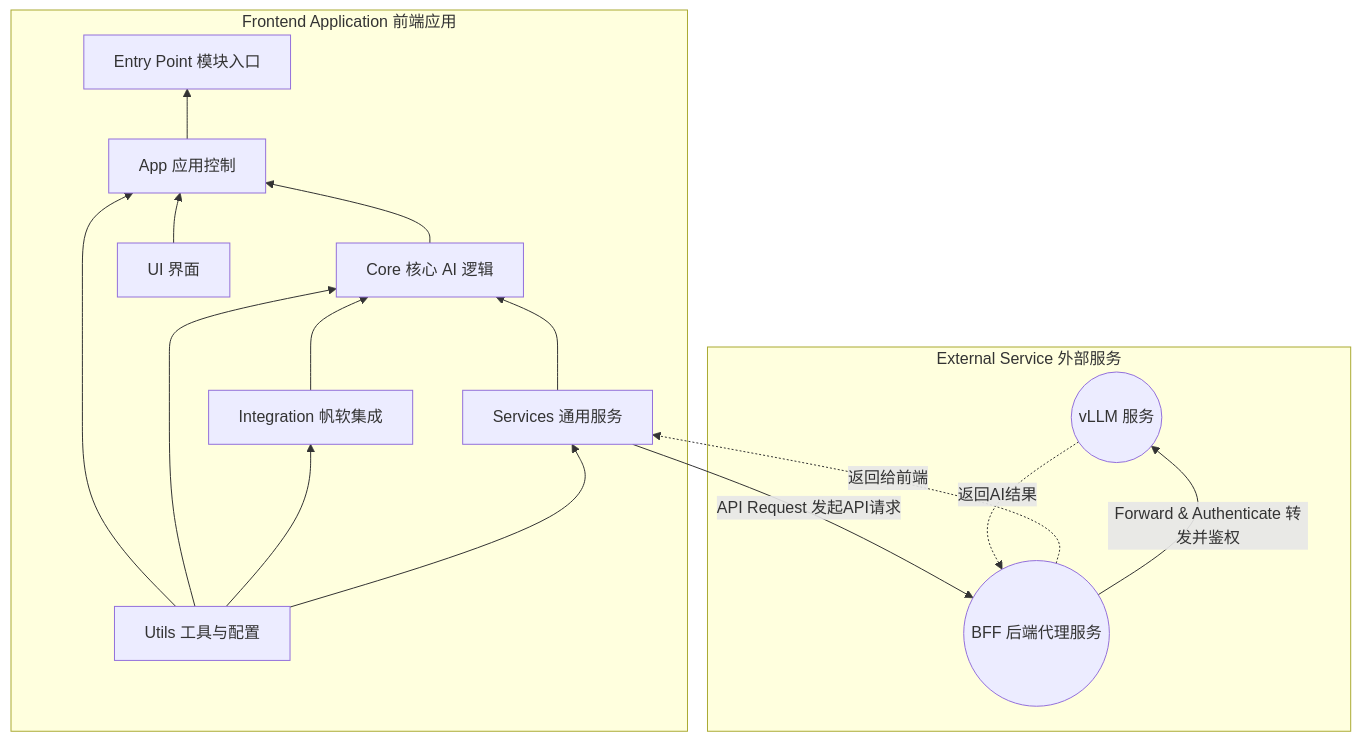
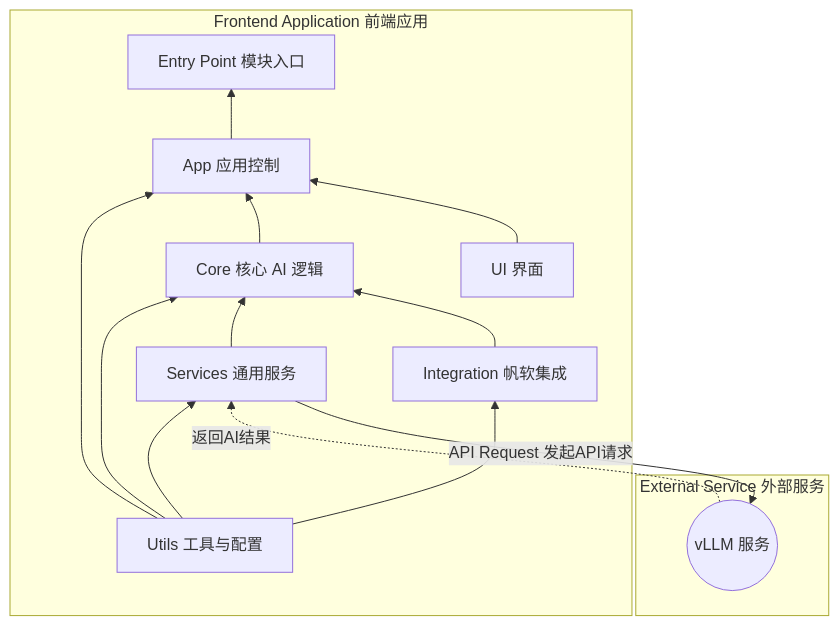
One commit to HaochenFa/Smart-FineReport changed the diagram in README.md. Above: the diagram before and after it, drawn with Mermaid. The commit also changed other lines of this file and 9 other files, not shown here.

````diff
--- a/README.md
+++ b/README.md
@@ -40,33 +27,30 @@
 ```mermaid
 flowchart BT
     subgraph "External Service 外部服务"
-        id0((BFF 后端代理服务))
         id_vLLM((vLLM 服务))
     end
 
     subgraph "Frontend Application 前端应用"
         id1[Utils 工具与配置]
         id2[Services 通用服务]
         id3[Integration 帆软集成]
         id4[Core 核心 AI 逻辑]
         id5[UI 界面]
         id6[App 应用控制]
         id7[Entry Point 模块入口]
     end
 
 %% 依赖关系与请求流 (实线)
-    id2 -- " API Request 发起API请求 " --> id0
+    id2 -- " API Request 发起API请求 " --> id_vLLM
     id1 --> id2
     id1 --> id3
     id1 --> id4
     id1 --> id6
     id2 --> id4
     id3 --> id4
     id4 --> id6
     id5 --> id6
     id6 --> id7
-    id0 -- " Forward & Authenticate 转发并鉴权 " --> id_vLLM
 %% 响应流 (虚线)
-    id_vLLM -.->|" 返回AI结果 "| id0
-    id0 -.->|" 返回给前端 "| id2
+    id_vLLM -.->|" 返回AI结果 "| id2
 ```
````
